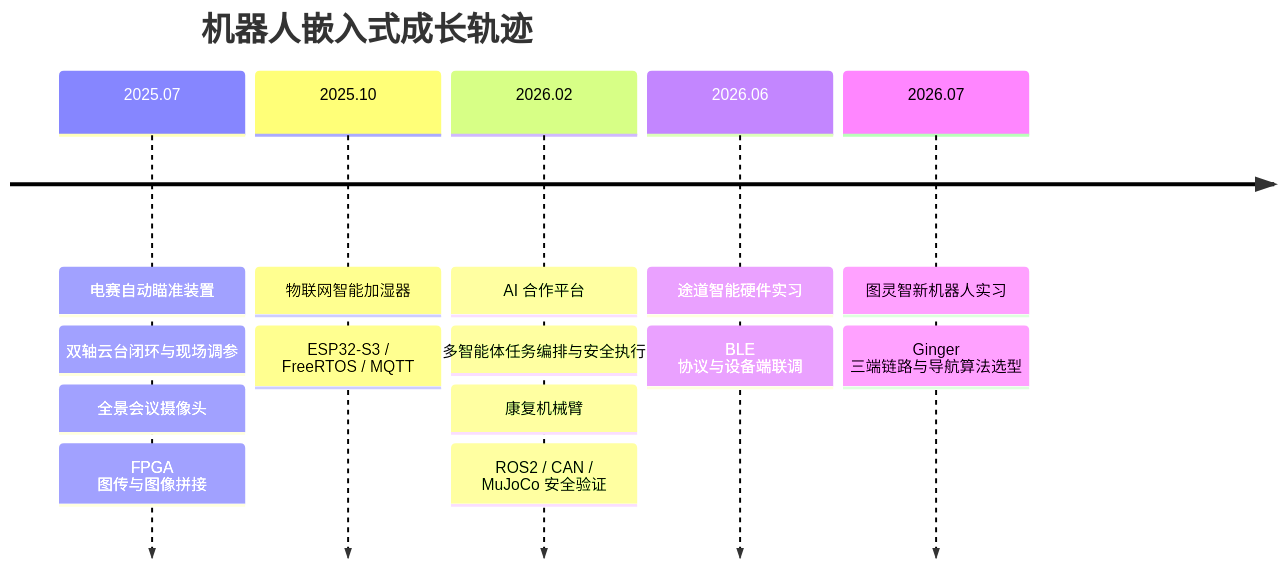
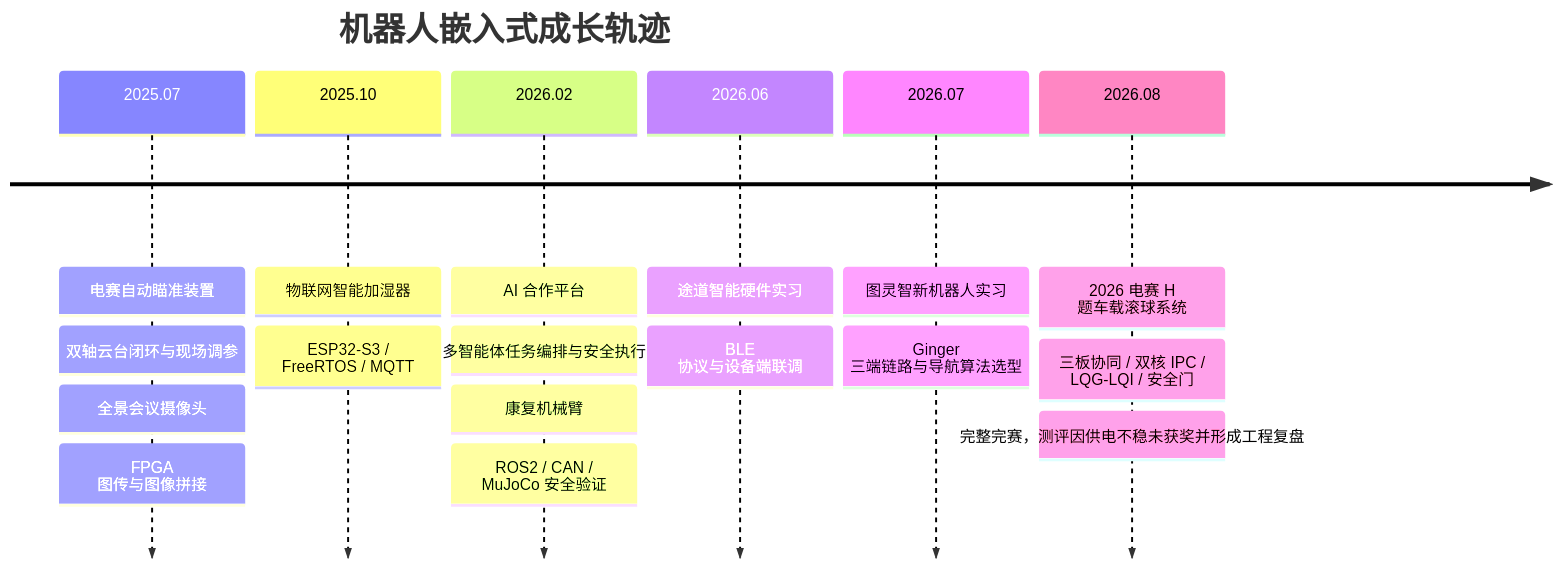
The second of 2 diagrams in README.md (wenjunyong666/wenjunyong666), drawn with Mermaid before and after one commit. The commit also changed other lines of this file, not shown here.

````diff
--- a/README.md
+++ b/README.md
@@ -185,18 +194,21 @@
 ```mermaid
 timeline
     title 机器人嵌入式成长轨迹
     2025.07 : 电赛自动瞄准装置
              : 双轴云台闭环与现场调参
              : 全景会议摄像头
              : FPGA 图传与图像拼接
     2025.10 : 物联网智能加湿器
              : ESP32-S3 / FreeRTOS / MQTT
     2026.02 : AI 合作平台
              : 多智能体任务编排与安全执行
              : 康复机械臂
              : ROS2 / CAN / MuJoCo 安全验证
     2026.06 : 途道智能硬件实习
              : BLE 协议与设备端联调
     2026.07 : 图灵智新机器人实习
              : Ginger 三端链路与导航算法选型
+    2026.08 : 2026 电赛 H 题车载滚球系统
+             : 三板协同 / 双核 IPC / LQG-LQI / 安全门
+             : 完整完赛，测评因供电不稳未获奖并形成工程复盘
 ```
````
